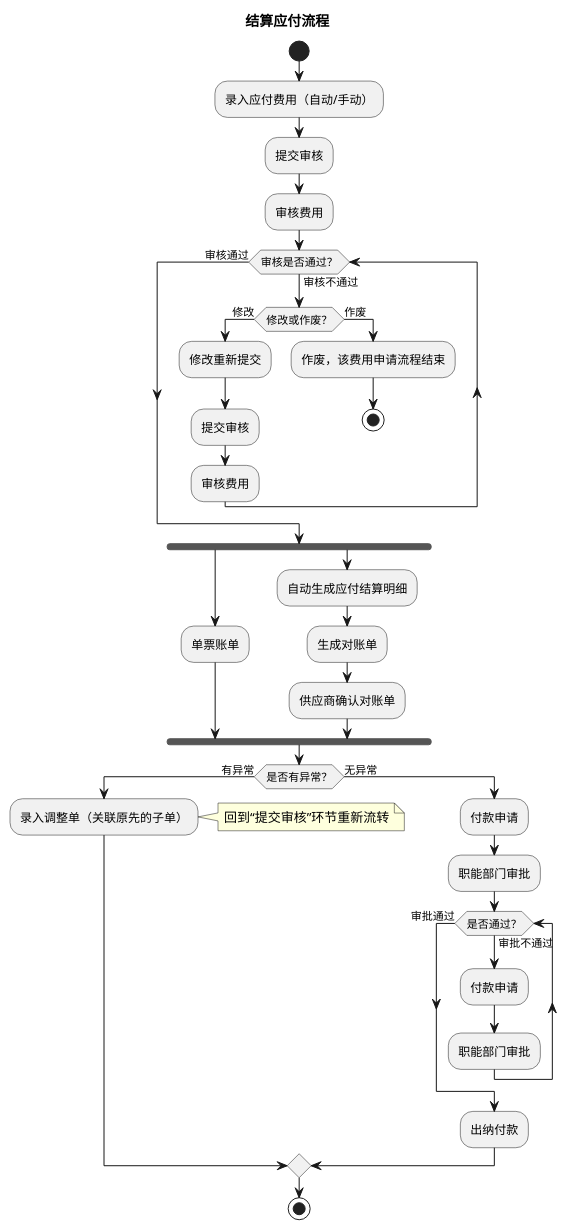
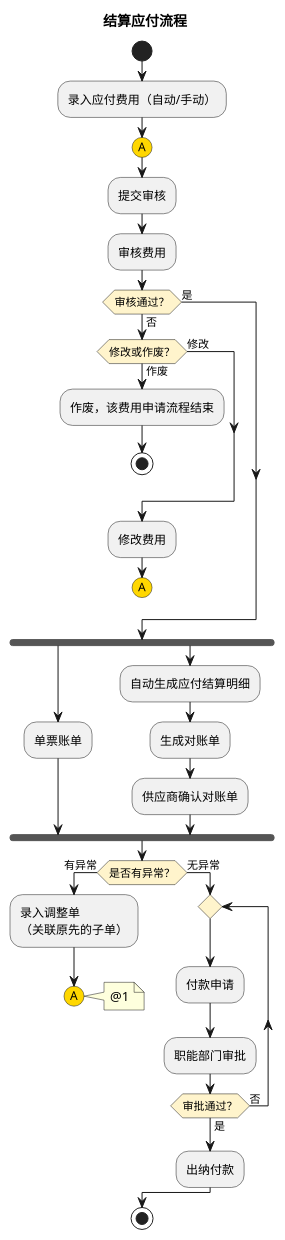
Before and after one commit to jack888332/projects-doc: the fifth of 7 diagrams in product-caliber/goldjet/segmented-prd/mainflow/PRD.高捷物流系统一期.主流程.08.税金管理与财务结算流程.md, drawn with PlantUML. The commit also changed other lines of this file and 20 other files, not shown here.

Commit message:
优化流程表对应的DLS图

````diff
--- a/product-caliber/goldjet/segmented-prd/mainflow/PRD.高捷物流系统一期.主流程.08.税金管理与财务结算流程.md
+++ b/product-caliber/goldjet/segmented-prd/mainflow/PRD.高捷物流系统一期.主流程.08.税金管理与财务结算流程.md
@@ -83,39 +88,42 @@
 ```plantuml
 @startuml
+skinparam activityDiamondBackgroundColor #FFF4CC
 title 结算应付流程
 start
 :录入应付费用（自动/手动）;
+#gold:(A)
 :提交审核;
 :审核费用;
-while (审核是否通过？) is (审核不通过)
-  if (修改或作废？) then (修改)
-    :修改重新提交;
-    :提交审核;
-    :审核费用;
-  else (作废)
+if (审核通过？) then (否)
+  if (修改或作废？) then (作废)
     :作废，该费用申请流程结束;
     stop
+  else (修改)
   endif
-endwhile (审核通过)
+  :修改费用;
+  #gold:(A)
+  detach
+else (是)
+endif
 fork
   :单票账单;
 fork again
   :自动生成应付结算明细;
   :生成对账单;
   :供应商确认对账单;
 end fork
 if (是否有异常？) then (有异常)
-  :录入调整单（关联原先的子单）;
-  note right: 回到“提交审核”环节重新流转
+  :录入调整单\n（关联原先的子单）;
+  #gold:(A)
+  note right: @1
+  detach
 else (无异常)
-  :付款申请;
-  :职能部门审批;
-  while (是否通过？) is (审批不通过)
+  repeat
     :付款申请;
     :职能部门审批;
-  endwhile (审批通过)
+  repeat while (审批通过？) is (否) not (是)
   :出纳付款;
 endif
 stop
 @enduml
 ```
````
